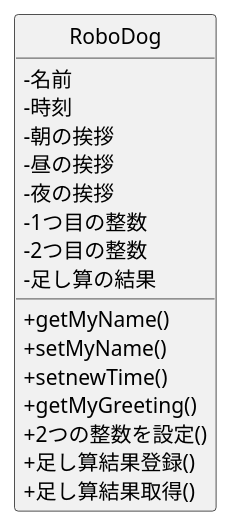
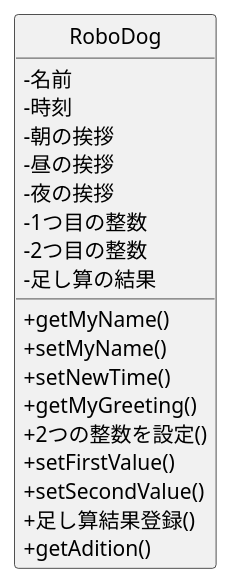
Before and after one commit to MatsuR1ku/ohara_UML: the diagram in 06_robo_dog/06_robo_dog/class.pu, drawn with PlantUML. The commit also changed 2 other files, not shown here.

```diff
--- a/06_robo_dog/06_robo_dog/class.pu
+++ b/06_robo_dog/06_robo_dog/class.pu
@@ -1,24 +1,26 @@
 @startuml Robodogクラス図
 skinparam classAttributeIconSize 0
 hide circle
 
 class RoboDog {
  -名前
  -時刻
  -朝の挨拶
  -昼の挨拶
  -夜の挨拶
  -1つ目の整数
  -2つ目の整数
  -足し算の結果
 
  +getMyName()
  +setMyName()
- +setnewTime()
+ +setNewTime()
  +getMyGreeting()
  +2つの整数を設定()
+  +setFirstValue()
+  +setSecondValue()
  +足し算結果登録()
- +足し算結果取得()
+ +getAdition()
 }
 
 @enduml
```
